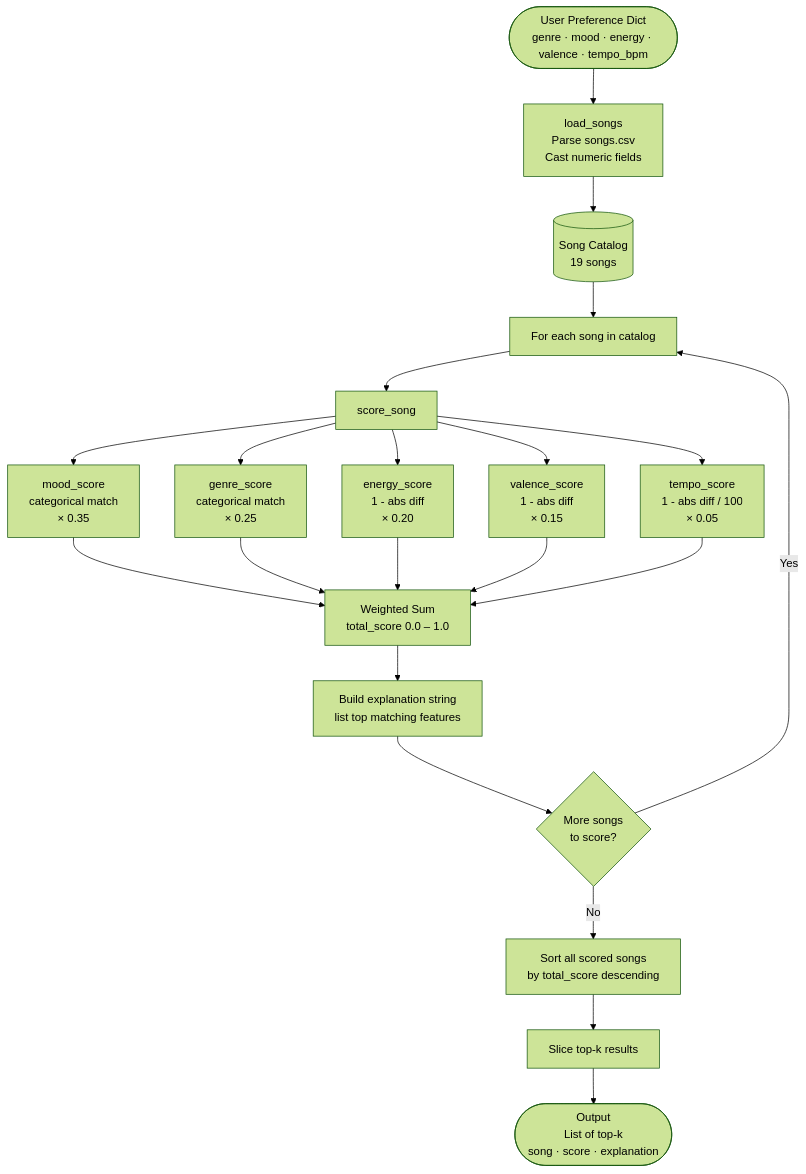
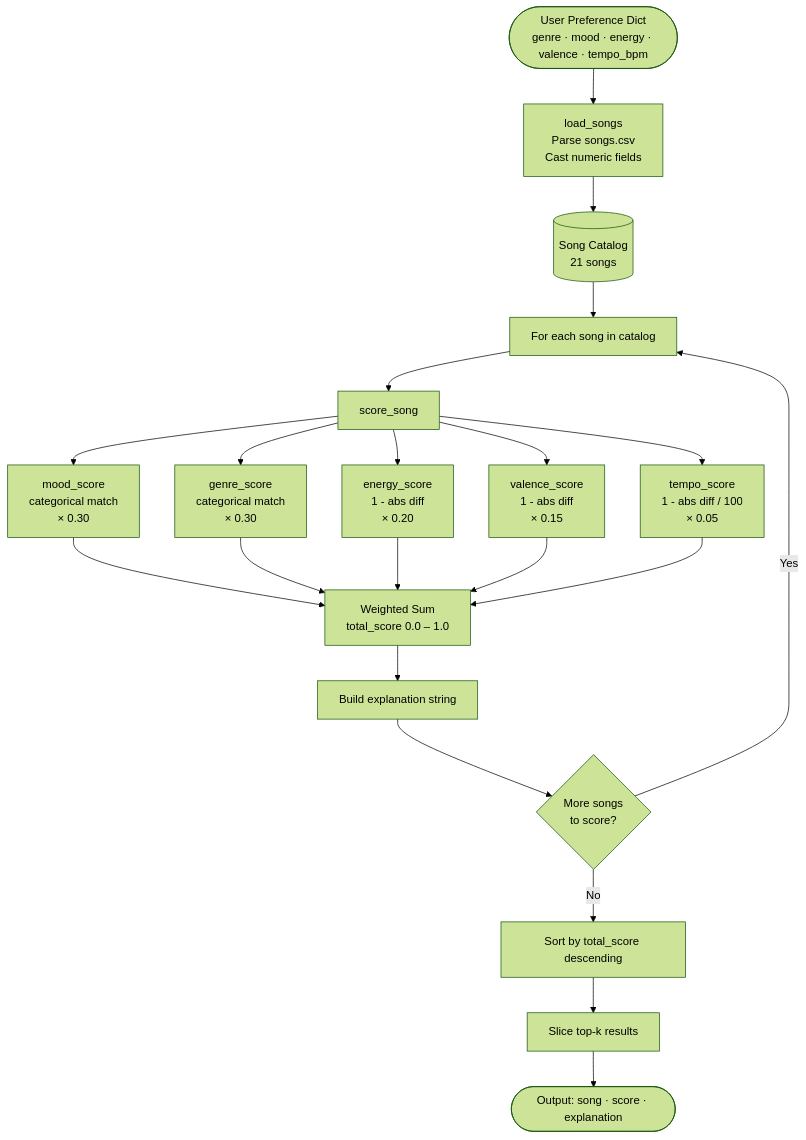
Before and after one commit to LelinZheng/Music_Recommender_Simulation: the diagram in README.md, drawn with Mermaid (forest theme). The commit also changed other lines of this file and 1 other file, not shown here.

````diff
--- a/README.md
+++ b/README.md
@@ -92,34 +47,34 @@
 ```mermaid
 flowchart TD
     A([User Preference Dict\ngenre · mood · energy · valence · tempo_bpm]) --> B
 
     B[load_songs\nParse songs.csv\nCast numeric fields] --> C
 
-    C[(Song Catalog\n19 songs)] --> D
+    C[(Song Catalog\n21 songs)] --> D
 
     D[For each song in catalog] --> E
 
     E[score_song] --> F & G & H & I & J
 
-    F[mood_score\ncategorical match\n× 0.35]
-    G[genre_score\ncategorical match\n× 0.25]
+    F[mood_score\ncategorical match\n× 0.30]
+    G[genre_score\ncategorical match\n× 0.30]
     H[energy_score\n1 - abs diff\n× 0.20]
     I[valence_score\n1 - abs diff\n× 0.15]
     J[tempo_score\n1 - abs diff / 100\n× 0.05]
 
     F & G & H & I & J --> K
 
     K[Weighted Sum\ntotal_score 0.0 – 1.0] --> L
 
-    L[Build explanation string\nlist top matching features] --> M
+    L[Build explanation string] --> M
 
     M{More songs\nto score?}
     M -- Yes --> D
     M -- No --> N
 
-    N[Sort all scored songs\nby total_score descending] --> O
+    N[Sort by total_score descending] --> O
 
     O[Slice top-k results] --> P
 
-    P([Output\nList of top-k\nsong · score · explanation])
+    P([Output: song · score · explanation])
 ```
````
